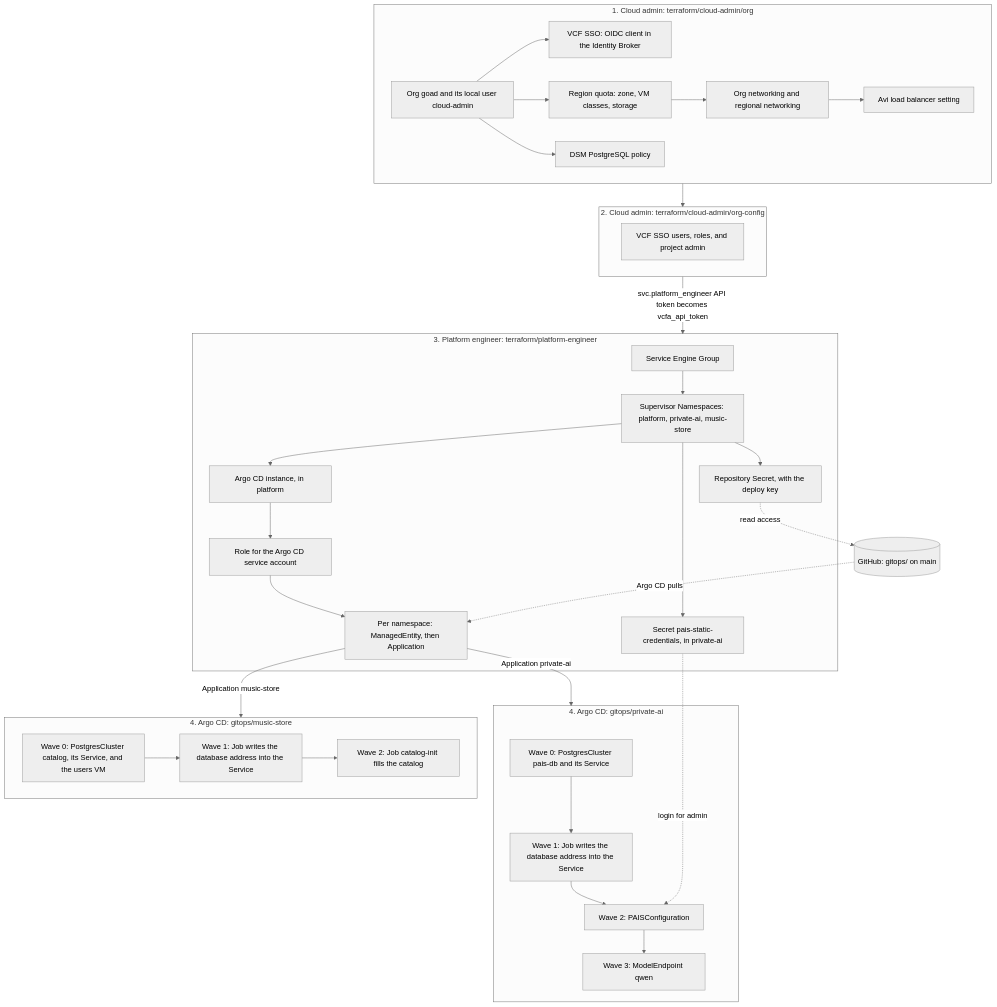
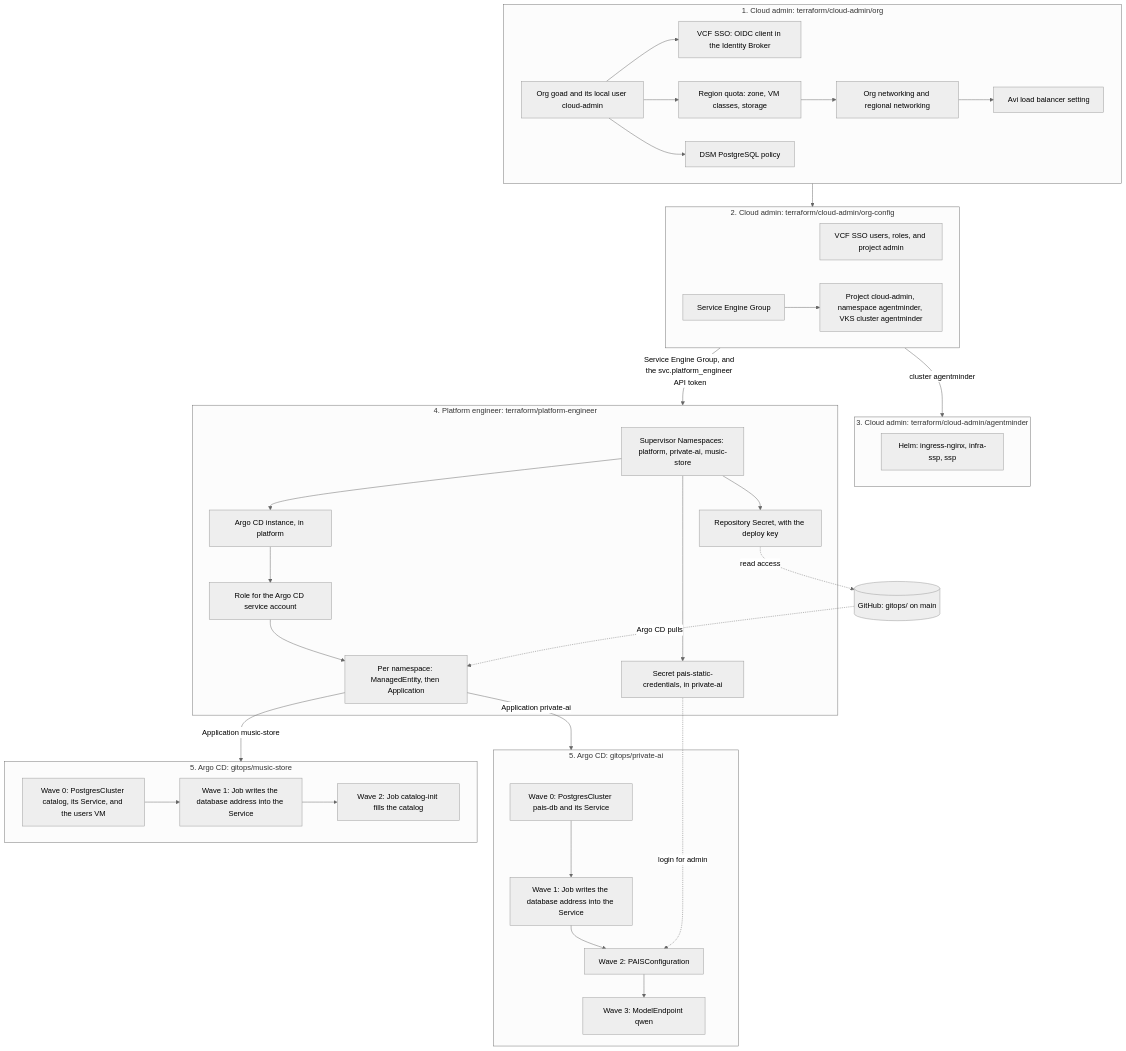
Before and after one commit to modern-apps-5/the-goad: the diagram in README.md, drawn with Mermaid (neutral theme). The commit also changed other lines of this file and 28 other files, not shown here.

First line of the commit message:
Install AgentMinder from its own cloud admin root, and move the Service Engine Group to org-config.

````diff
--- a/README.md
+++ b/README.md
@@ -34,56 +35,63 @@
 ```mermaid
 flowchart TD
     subgraph cloud_admin["1. Cloud admin: terraform/cloud-admin/org"]
         org["Org goad and its local user cloud-admin"]
         sso["VCF SSO: OIDC client in the Identity Broker"]
         quota["Region quota: zone, VM classes, storage"]
         networking["Org networking and regional networking"]
         avi_setting["Avi load balancer setting"]
         dsm_policy["DSM PostgreSQL policy"]
         org --> sso
         org --> quota --> networking --> avi_setting
         org --> dsm_policy
     end
 
     subgraph org_config["2. Cloud admin: terraform/cloud-admin/org-config"]
         users["VCF SSO users, roles, and project admin"]
+        seg["Service Engine Group"]
+        am_cluster["Project cloud-admin, namespace agentminder, VKS cluster agentminder"]
+        seg --> am_cluster
     end
 
-    subgraph platform_engineer["3. Platform engineer: terraform/platform-engineer"]
-        seg["Service Engine Group"]
+    subgraph agentminder["3. Cloud admin: terraform/cloud-admin/agentminder"]
+        am_helm["Helm: ingress-nginx, infra-ssp, ssp"]
+    end
+
+    subgraph platform_engineer["4. Platform engineer: terraform/platform-engineer"]
         namespaces["Supervisor Namespaces: platform, private-ai, music-store"]
         argocd["Argo CD instance, in platform"]
         role["Role for the Argo CD service account"]
         repo_secret["Repository Secret, with the deploy key"]
         pais_secret["Secret pais-static-credentials, in private-ai"]
         handoff["Per namespace: ManagedEntity, then Application"]
-        seg --> namespaces --> argocd --> role --> handoff
+        namespaces --> argocd --> role --> handoff
         namespaces --> repo_secret
         namespaces --> pais_secret
     end
 
     git[("GitHub: gitops/ on main")]
 
-    subgraph private_ai["4. Argo CD: gitops/private-ai"]
+    subgraph private_ai["5. Argo CD: gitops/private-ai"]
         pais_wave0["Wave 0: PostgresCluster pais-db and its Service"]
         pais_wave1["Wave 1: Job writes the database address into the Service"]
         pais_wave2["Wave 2: PAISConfiguration"]
         pais_wave3["Wave 3: ModelEndpoint qwen"]
         pais_wave0 --> pais_wave1 --> pais_wave2 --> pais_wave3
     end
 
-    subgraph music_store["4. Argo CD: gitops/music-store"]
+    subgraph music_store["5. Argo CD: gitops/music-store"]
         shop_wave0["Wave 0: PostgresCluster catalog, its Service, and the users VM"]
         shop_wave1["Wave 1: Job writes the database address into the Service"]
         shop_wave2["Wave 2: Job catalog-init fills the catalog"]
         shop_wave0 --> shop_wave1 --> shop_wave2
     end
 
     cloud_admin --> org_config
-    org_config -->|"svc.platform_engineer API token becomes vcfa_api_token"| platform_engineer
+    org_config -->|"cluster agentminder"| agentminder
+    org_config -->|"Service Engine Group, and the svc.platform_engineer API token"| platform_engineer
     repo_secret -.->|"read access"| git
     git -.->|"Argo CD pulls"| handoff
     handoff -->|"Application private-ai"| private_ai
     handoff -->|"Application music-store"| music_store
     pais_secret -.->|"login for admin"| pais_wave2
 ```
````
